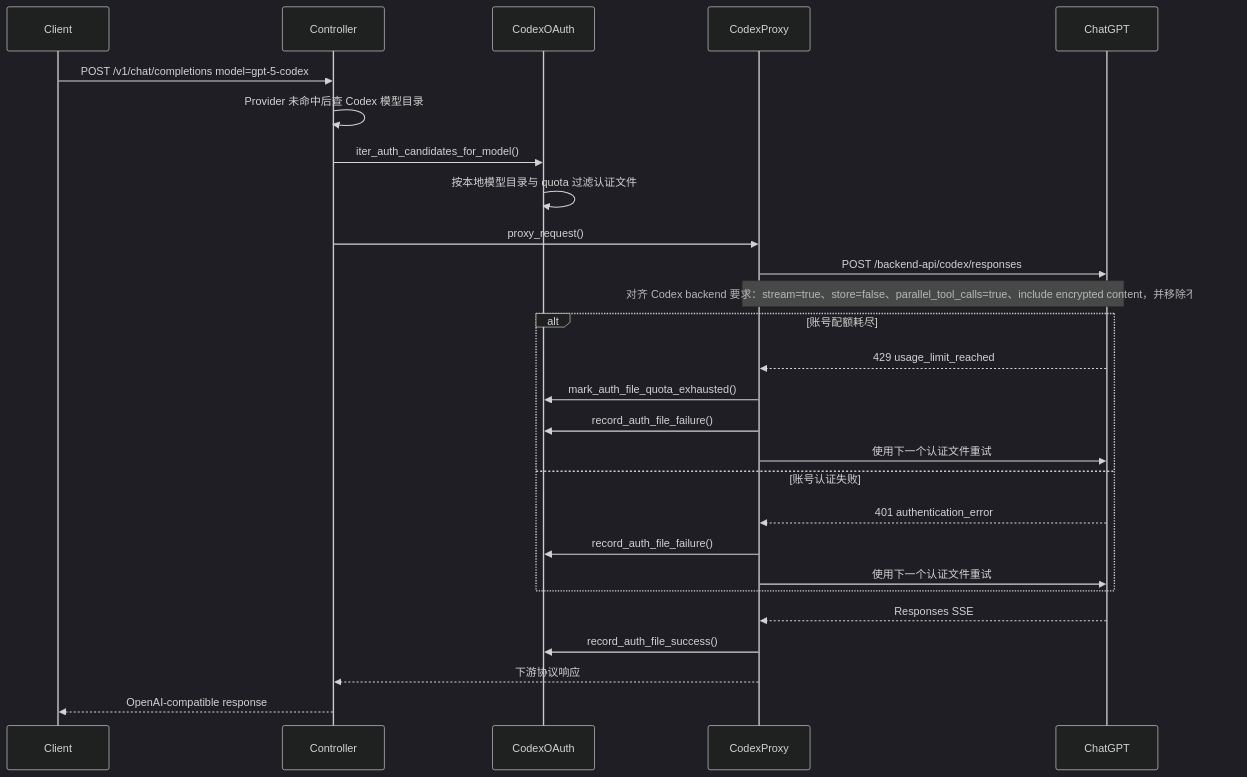
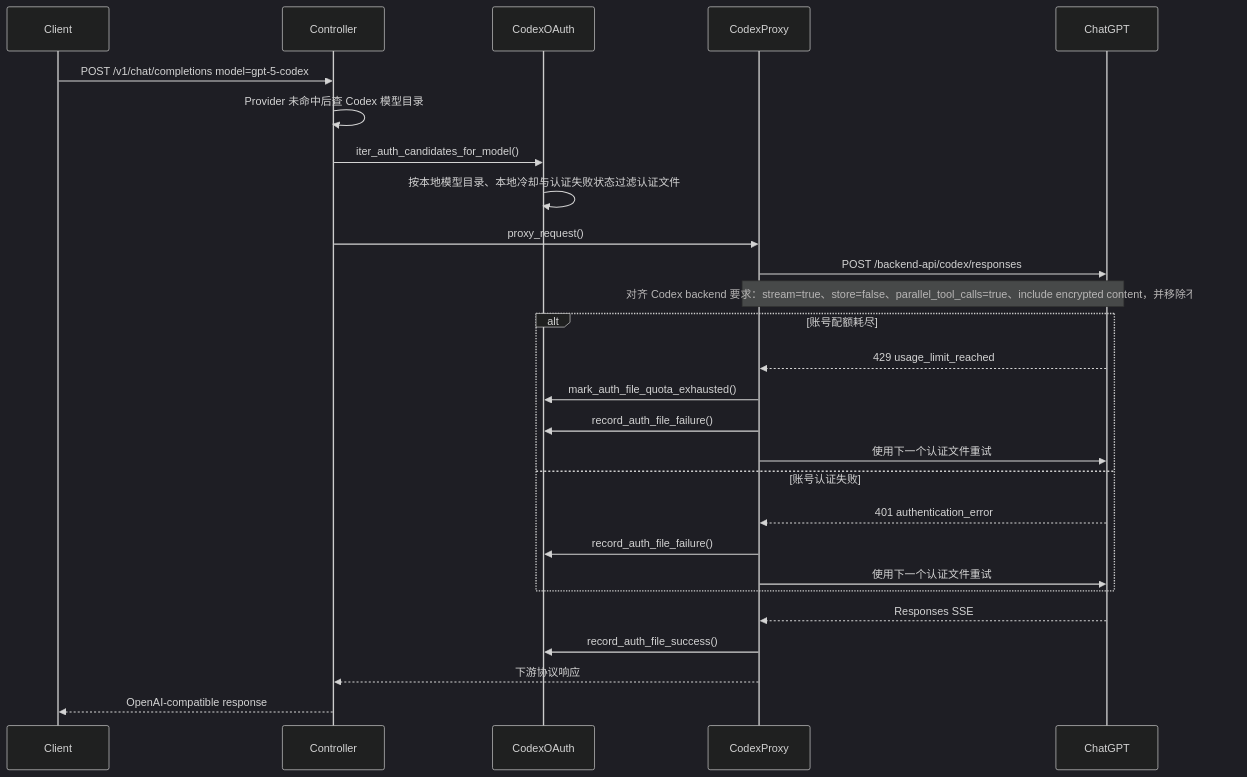
Before and after one commit to VonSdite/LLM_Proxy: the second of 3 diagrams in docs/architecture-4plus1.md, drawn with Mermaid (dark theme). The commit also changed other lines of this file and 5 other files, not shown here.

First line of the commit message:
fix: 调整 Codex OAuth 请求与界面细节

````diff
--- a/docs/architecture-4plus1.md
+++ b/docs/architecture-4plus1.md
@@ -519,30 +519,30 @@
 ```mermaid
 sequenceDiagram
     participant Client
     participant Controller
     participant CodexOAuth
     participant CodexProxy
     participant ChatGPT
 
     Client->>Controller: POST /v1/chat/completions model=gpt-5-codex
     Controller->>Controller: Provider 未命中后查 Codex 模型目录
     Controller->>CodexOAuth: iter_auth_candidates_for_model()
-    CodexOAuth->>CodexOAuth: 按本地模型目录与 quota 过滤认证文件
+    CodexOAuth->>CodexOAuth: 按本地模型目录、本地冷却与认证失败状态过滤认证文件
     Controller->>CodexProxy: proxy_request()
     CodexProxy->>ChatGPT: POST /backend-api/codex/responses
     Note over CodexProxy,ChatGPT: 对齐 Codex backend 要求：stream=true、store=false、parallel_tool_calls=true、include encrypted content，并移除不支持字段
     alt 账号配额耗尽
         ChatGPT-->>CodexProxy: 429 usage_limit_reached
         CodexProxy->>CodexOAuth: mark_auth_file_quota_exhausted()
         CodexProxy->>CodexOAuth: record_auth_file_failure()
         CodexProxy->>ChatGPT: 使用下一个认证文件重试
     else 账号认证失败
         ChatGPT-->>CodexProxy: 401 authentication_error
         CodexProxy->>CodexOAuth: record_auth_file_failure()
         CodexProxy->>ChatGPT: 使用下一个认证文件重试
     end
     ChatGPT-->>CodexProxy: Responses SSE
     CodexProxy->>CodexOAuth: record_auth_file_success()
     CodexProxy-->>Controller: 下游协议响应
     Controller-->>Client: OpenAI-compatible response
 ```
````
